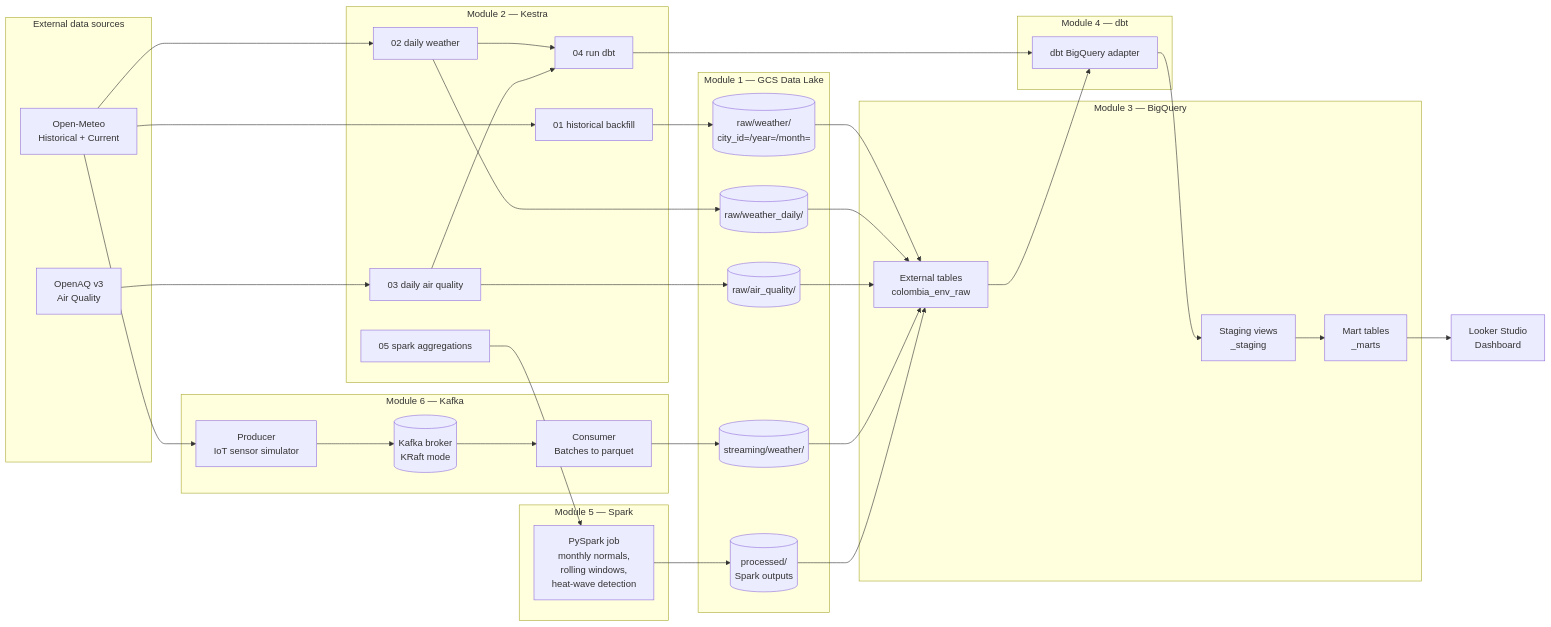
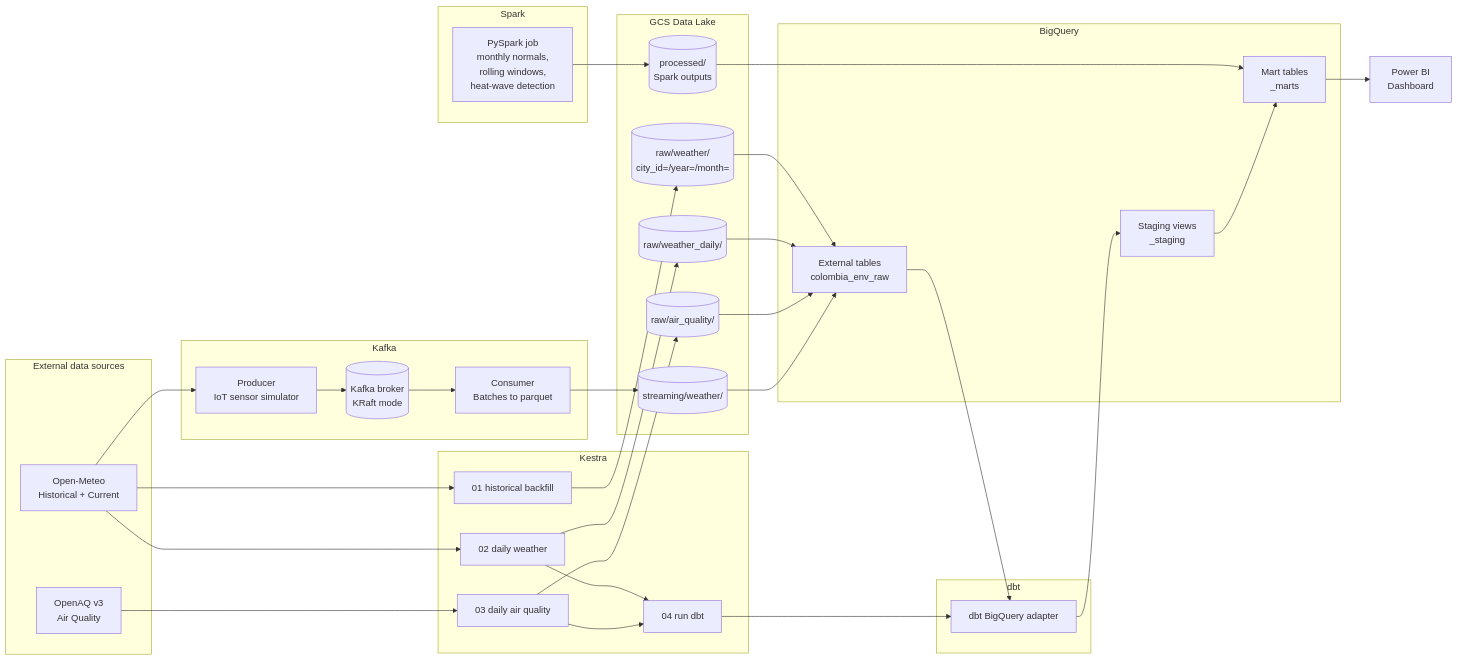
The diagram in docs/architecture.md (coss-fz/colombia-env-data-pipeline), drawn with Mermaid before and after one commit. The commit also changed other lines of this file, not shown here.

Commit message:
(fix) architecture diagram correction

````diff
--- a/docs/architecture.md
+++ b/docs/architecture.md
@@ -9,73 +9,72 @@
 ```mermaid
 flowchart LR
     subgraph Sources["External data sources"]
         OM[Open-Meteo<br/>Historical + Current]
         OAQ[OpenAQ v3<br/>Air Quality]
     end
 
-    subgraph Orchestration["Module 2 — Kestra"]
+    subgraph Orchestration["Kestra"]
         K1[01 historical backfill]
         K2[02 daily weather]
         K3[03 daily air quality]
         K4[04 run dbt]
-        K5[05 spark aggregations]
     end
 
-    subgraph Streaming["Module 6 — Kafka"]
+    subgraph Streaming["Kafka"]
         PROD[Producer<br/>IoT sensor simulator]
         BROKER[(Kafka broker<br/>KRaft mode)]
         CONS[Consumer<br/>Batches to parquet]
     end
 
-    subgraph Storage["Module 1 — GCS Data Lake"]
+    subgraph Storage["GCS Data Lake"]
         RAW_W[(raw/weather/<br/>city_id=/year=/month=)]
         RAW_WD[(raw/weather_daily/)]
         RAW_AQ[(raw/air_quality/)]
         STREAM[(streaming/weather/)]
         PROC[(processed/<br/>Spark outputs)]
     end
 
-    subgraph Warehouse["Module 3 — BigQuery"]
+    subgraph Warehouse["BigQuery"]
         EXT[External tables<br/>colombia_env_raw]
         STG[Staging views<br/>_staging]
         MARTS[Mart tables<br/>_marts]
     end
 
-    subgraph Transform["Module 4 — dbt"]
+    subgraph Transform["dbt"]
         DBT[dbt BigQuery adapter]
     end
 
-    subgraph Compute["Module 5 — Spark"]
+    subgraph Compute["Spark"]
         SPARK[PySpark job<br/>monthly normals,<br/>rolling windows,<br/>heat-wave detection]
     end
 
-    DASH[Looker Studio<br/>Dashboard]
+    DASH[Power BI<br/>Dashboard]
 
     OM --> K1
     OM --> K2
     OAQ --> K3
     OM --> PROD
 
     PROD --> BROKER --> CONS
 
     K1 --> RAW_W
     K2 --> RAW_WD
     K3 --> RAW_AQ
     CONS --> STREAM
 
     RAW_W --> EXT
     RAW_WD --> EXT
     RAW_AQ --> EXT
     STREAM --> EXT
-    PROC --> EXT
+    PROC --> MARTS
 
     K2 --> K4
     K3 --> K4
-    K5 --> SPARK --> PROC
+    SPARK --> PROC
 
     K4 --> DBT
     EXT --> DBT
     DBT --> STG --> MARTS
 
     MARTS --> DASH
 ```
````
